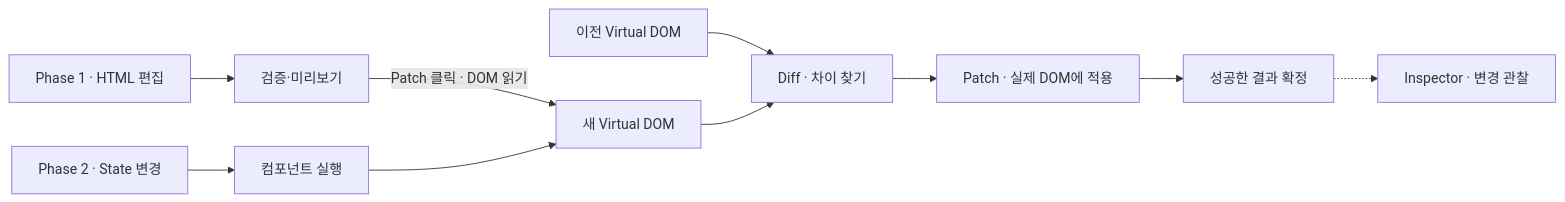
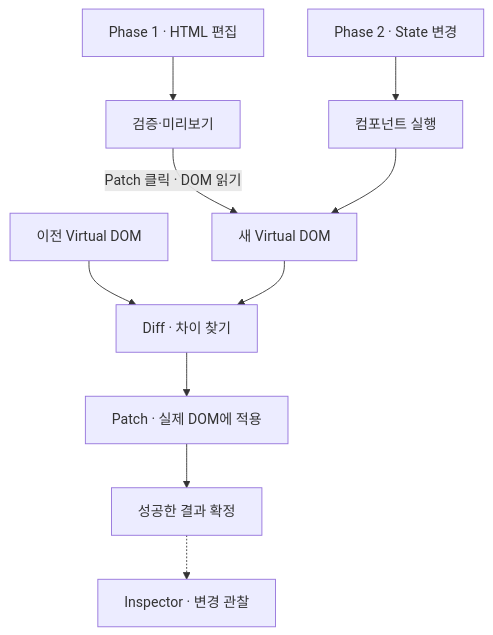
The diagram in README.md (WEEK11-12/mini-react), drawn with Mermaid before and after one commit. The commit also changed other lines of this file and 1 other file, not shown here.

````diff
--- a/README.md
+++ b/README.md
@@ -35,12 +35,12 @@
 ```mermaid
-flowchart LR
+flowchart TD
   H["Phase 1 · HTML 편집"] --> V["검증·미리보기"]
   V -->|"Patch 클릭 · DOM 읽기"| N["새 Virtual DOM"]
   S["Phase 2 · State 변경"] --> C["컴포넌트 실행"]
   C --> N
   O["이전 Virtual DOM"] --> D["Diff · 차이 찾기"]
   N --> D
   D --> P["Patch · 실제 DOM에 적용"]
   P --> R["성공한 결과 확정"]
   R -.-> I["Inspector · 변경 관찰"]
 ```
````
